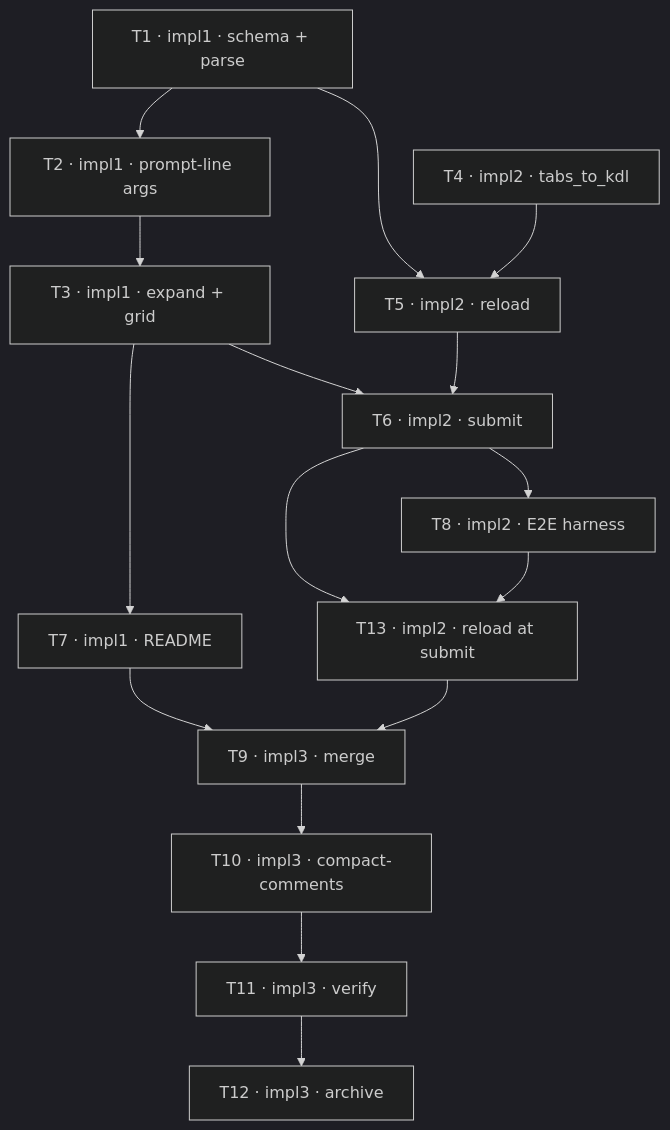
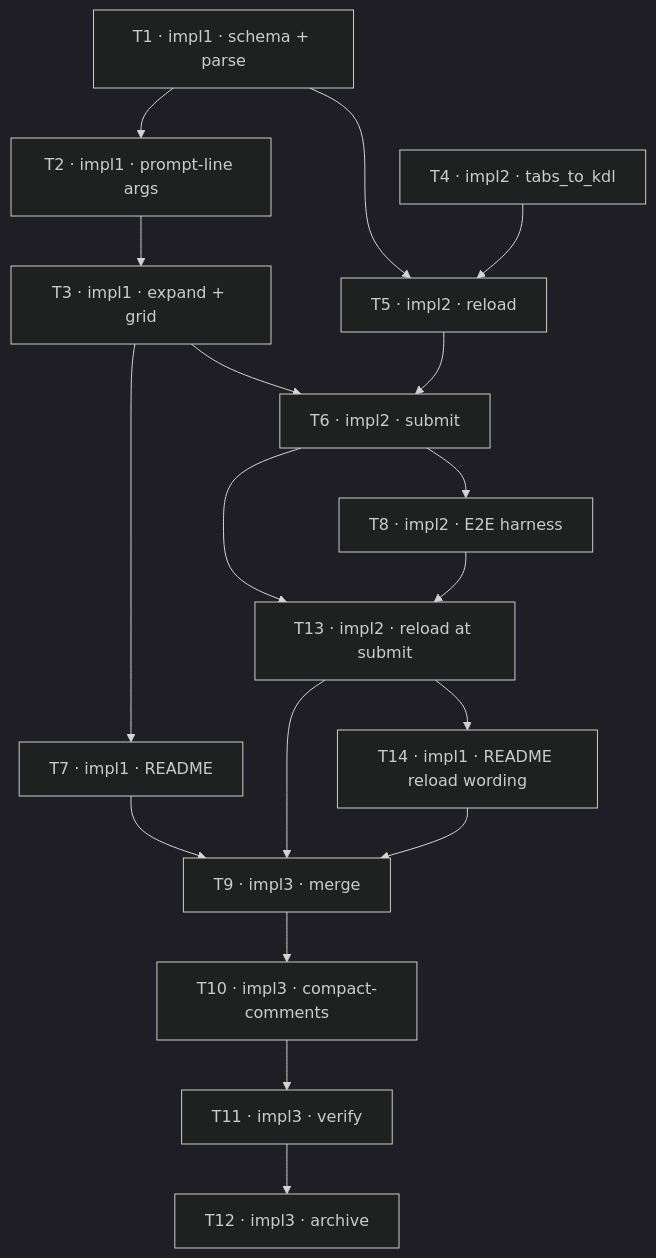
One commit to treekmk/zellaude changed the diagram in CLAUDE_TODO-layout-generator.md. Above: the diagram before and after it, drawn with Mermaid (dark theme). The commit also changed other lines of this file and 1 other file, not shown here.

First line of the commit message:
[revise] T14 README reload wording; drop the in-flight flag; E2E case 4 via a floor

````diff
--- a/CLAUDE_TODO-layout-generator.md
+++ b/CLAUDE_TODO-layout-generator.md
@@ -41,19 +42,21 @@
 ```mermaid
 graph TD
   T1[T1 · impl1 · schema + parse] --> T2[T2 · impl1 · prompt-line args]
   T2 --> T3[T3 · impl1 · expand + grid]
   T4[T4 · impl2 · tabs_to_kdl]
   T1 --> T5[T5 · impl2 · reload]
   T4 --> T5
   T3 --> T6[T6 · impl2 · submit]
   T5 --> T6
   T3 --> T7[T7 · impl1 · README]
   T6 --> T8[T8 · impl2 · E2E harness]
   T6 --> T13[T13 · impl2 · reload at submit]
   T8 --> T13
+  T13 --> T14[T14 · impl1 · README reload wording]
   T7 --> T9[T9 · impl3 · merge]
   T13 --> T9
+  T14 --> T9
   T9 --> T10[T10 · impl3 · compact-comments]
   T10 --> T11[T11 · impl3 · verify]
   T11 --> T12[T12 · impl3 · archive]
 ```
````
